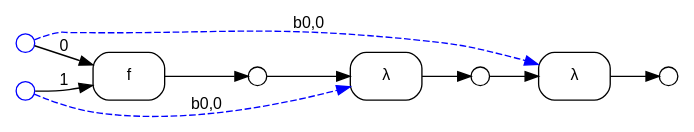
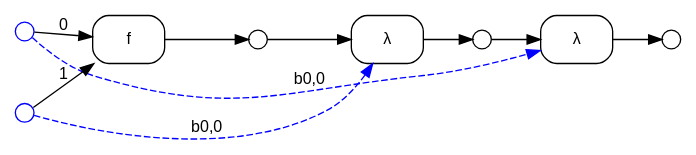
Before and after one commit to ammatsui/bhypvis: the diagram in example_curried.dot, drawn with Graphviz. The commit also changed other lines of this file and 293 other files, not shown here.

```diff
--- a/example_curried.dot
+++ b/example_curried.dot
@@ -1,32 +1,32 @@
 digraph G {
   fontname="Helvetica"
   fontsize=12
   rankdir=LR;
   node [fontname="Helvetica", fontsize=12];
   edge [fontname="Helvetica", fontsize=12];
 
   // Nodes
   n4 [label="", shape=circle, style=filled, fillcolor=white, color="black", width=0.2, height=0.2, fixedsize=true];
+  n0 [label="", shape=circle, style=filled, fillcolor=white, color="blue", width=0.2, height=0.2, fixedsize=true];
   n2 [label="", shape=circle, style=filled, fillcolor=white, color="black", width=0.2, height=0.2, fixedsize=true];
+  n1 [label="", shape=circle, style=filled, fillcolor=white, color="blue", width=0.2, height=0.2, fixedsize=true];
   n3 [label="", shape=circle, style=filled, fillcolor=white, color="black", width=0.2, height=0.2, fixedsize=true];
-  n0 [label="", shape=circle, style=filled, fillcolor=white, color="blue", width=0.2, height=0.2, fixedsize=true];
-  n1 [label="", shape=circle, style=filled, fillcolor=white, color="blue", width=0.2, height=0.2, fixedsize=true];
 
   // Hyperedges
-  e2 [label="λ", shape=box, style=rounded, color="black"];
   e0 [label="f", shape=box, style=rounded, color="black"];
   e1 [label="λ", shape=box, style=rounded, color="black"];
+  e2 [label="λ", shape=box, style=rounded, color="black"];
 
   // Source connections
-  n3 -> e2 [label=""];
-  n0 -> e2 [style=dashed, color="blue", constraint=false, label="b0,0"];
   n0 -> e0 [label="0"];
   n1 -> e0 [label="1"];
   n2 -> e1 [label=""];
   n1 -> e1 [style=dashed, color="blue", constraint=false, label="b0,0"];
+  n3 -> e2 [label=""];
+  n0 -> e2 [style=dashed, color="blue", constraint=false, label="b0,0"];
 
   // Target connections
-  e2 -> n4 [label=""];
   e0 -> n2 [label=""];
   e1 -> n3 [label=""];
+  e2 -> n4 [label=""];
 }
```
